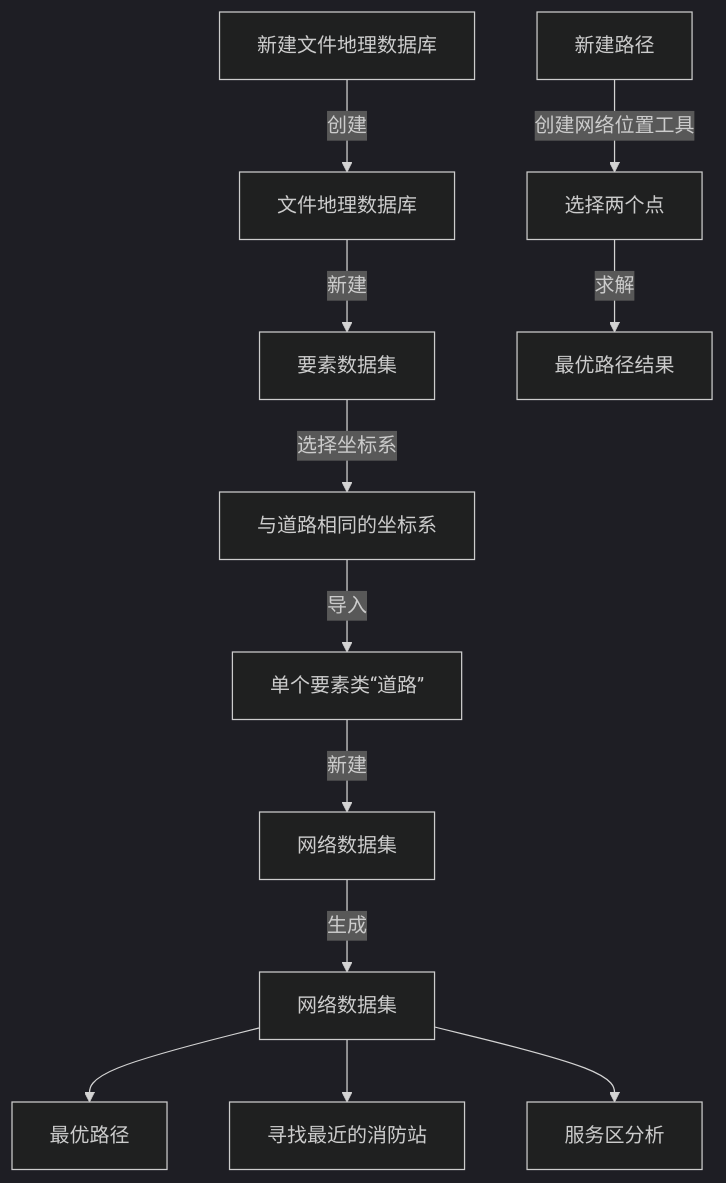
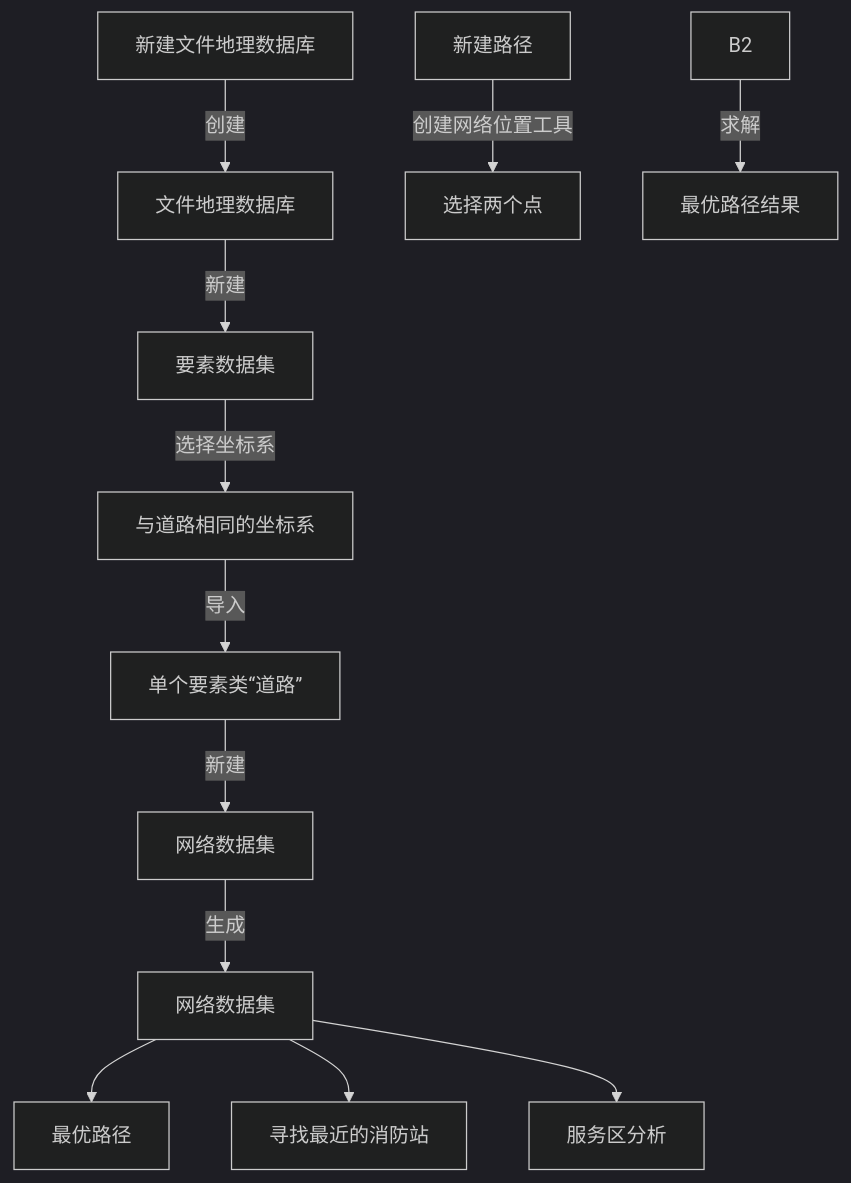
One commit to newguser/iodraw-files changed the diagram in all/未命名.md. Above: the diagram before and after it, drawn with Mermaid (dark theme).

Commit message:
2025-02-27 21:15:39 update

````diff
--- a/all/未命名.md
+++ b/all/未命名.md
@@ -1,14 +1,14 @@
 ```mermaid
 graph TD
     A[新建文件地理数据库] -->|创建| B[文件地理数据库]
     B -->|新建| C[要素数据集]
     C -->|选择坐标系| D[与道路相同的坐标系]
     D -->|导入| E[单个要素类“道路”]
     E -->|新建| F[网络数据集]
     F -->|生成| G[网络数据集]
     G[网络数据集] -->H[最优路径]
     G[网络数据集] -->I[寻找最近的消防站]
     G[网络数据集] -->J[服务区分析]
-    B1[新建路径] -->|创建网络位置工具| B2[选择两个点]
+    h1[新建路径] -->|创建网络位置工具| H2[选择两个点]
         B2 -->|求解| B3[最优路径结果]
 ```
````
